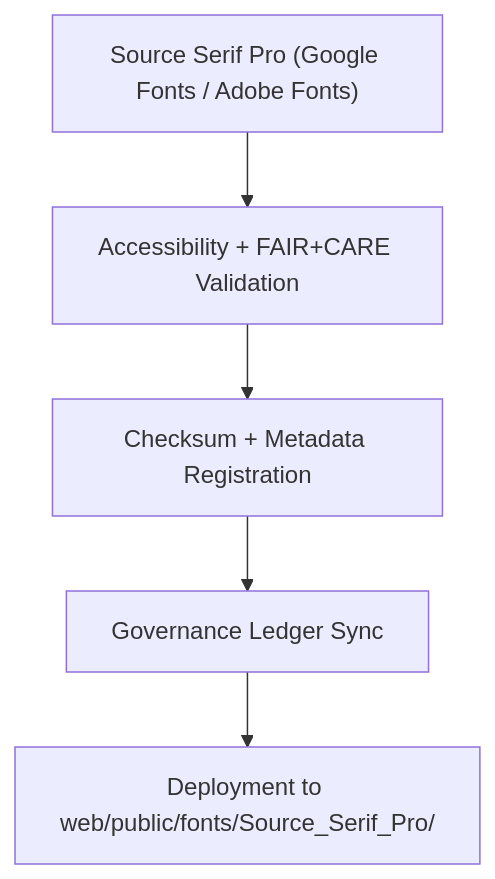
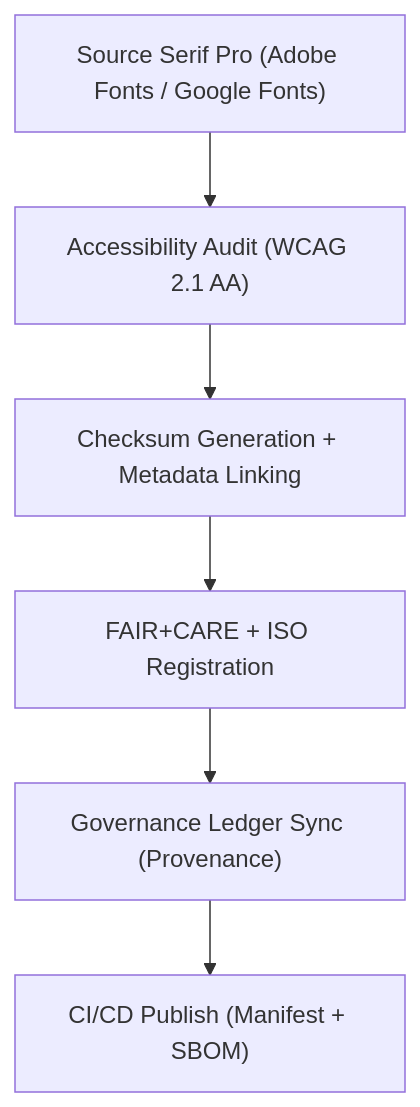
One commit to bartytime4life/Kansas-Frontier-Matrix changed the diagram in web/public/fonts/Source_Serif_Pro/README.md. Above: the diagram before and after it, drawn with Mermaid. The commit also changed other lines of this file, not shown here.

````diff
--- a/web/public/fonts/Source_Serif_Pro/README.md
+++ b/web/public/fonts/Source_Serif_Pro/README.md
@@ -65,7 +56,8 @@
 ```mermaid
 flowchart TD
-    A["Source Serif Pro (Google Fonts / Adobe Fonts)"] --> B["Accessibility + FAIR+CARE Validation"]
-    B --> C["Checksum + Metadata Registration"]
-    C --> D["Governance Ledger Sync"]
-    D --> E["Deployment to web/public/fonts/Source_Serif_Pro/"]
+A["Source Serif Pro (Adobe Fonts / Google Fonts)"] --> B["Accessibility Audit (WCAG 2.1 AA)"]
+B --> C["Checksum Generation + Metadata Linking"]
+C --> D["FAIR+CARE + ISO Registration"]
+D --> E["Governance Ledger Sync (Provenance)"]
+E --> F["CI/CD Publish (Manifest + SBOM)"]
 ```
````
